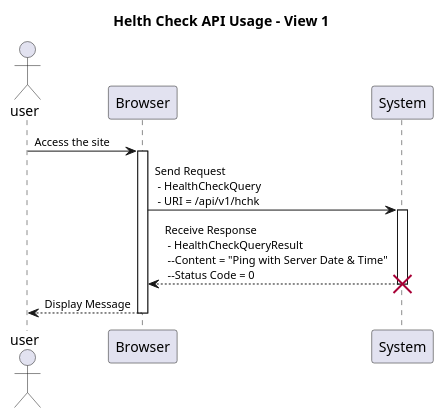
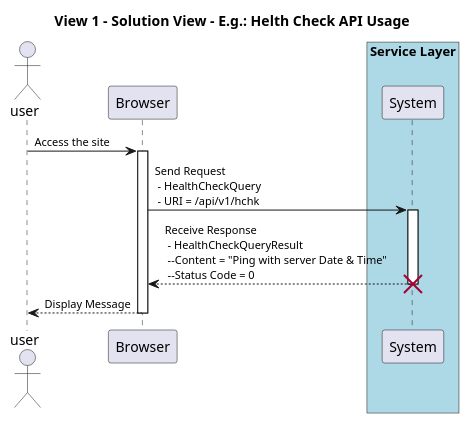
Before and after one commit to eLetterBank/springdemo: the diagram in diagrams/HealthCheck-View-01.puml, drawn with PlantUML. The commit also changed 2 other files, not shown here.

```diff
--- a/diagrams/HealthCheck-View-01.puml
+++ b/diagrams/HealthCheck-View-01.puml
@@ -1,31 +1,34 @@
 @startuml
-title Helth Check API Usage - View 1
+title View 1 - Solution View - E.g.: Helth Check API Usage
 
 actor user
 participant Browser as bw
+
+box "Service Layer" #LightBlue
 participant "System" as hChekApi
+end box
 
 skinparam sequence {
     ActorFontName Arial
     ActorFontSize 11
 
     ParticipantFontName Arial
     ParticipantFontSize 11
 
     ArrowFontName Arial
     ArrowFontSize 11
 }
 
 user->bw: Access the site
 activate bw
 
 bw->hChekApi: Send Request \n - HealthCheckQuery \n - URI = /api/v1/hchk
 activate hChekApi
-hChekApi-->bw:Receive Response \n - HealthCheckQueryResult \n --Content = "Ping with Server Date & Time" \n --Status Code = 0
+hChekApi-->bw:Receive Response \n - HealthCheckQueryResult \n --Content = "Ping with server Date & Time" \n --Status Code = 0
 deactivate hChekApi
 destroy hChekApi
 
 bw-->user: Display Message
 deactivate bw
 
 @enduml
```
